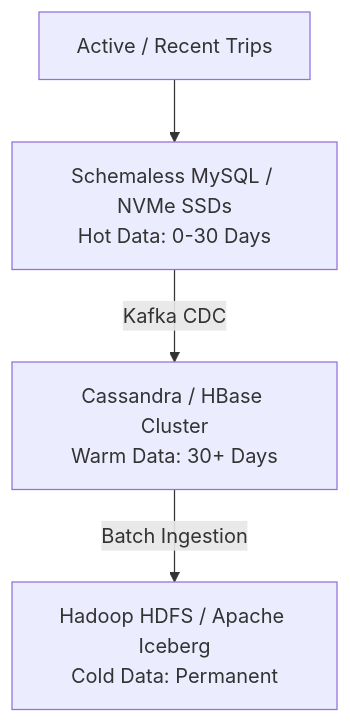
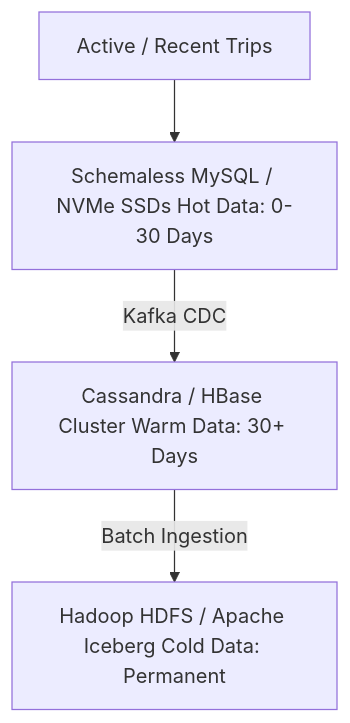
One commit to Chandra179/atlas changed the eighth of 16 diagrams in blog/astro/src/content/docs/uber-architecture.md. Above: the diagram before and after it, drawn with Mermaid. The commit also changed other lines of this file and 1 other file, not shown here.

````diff
--- a/blog/astro/src/content/docs/uber-architecture.md
+++ b/blog/astro/src/content/docs/uber-architecture.md
@@ -461,6 +461,6 @@
 ```mermaid
 graph TB
-    ACTIVE["Active / Recent Trips"] --> HOT["Schemaless MySQL / NVMe SSDs<br/>Hot Data: 0-30 Days"]
-    HOT -->|Kafka CDC| WARM["Cassandra / HBase Cluster<br/>Warm Data: 30+ Days"]
-    WARM -->|Batch Ingestion| COLD["Hadoop HDFS / Apache Iceberg<br/>Cold Data: Permanent"]
+    ACTIVE["Active / Recent Trips"] --> HOT["Schemaless MySQL / NVMe SSDs Hot Data: 0-30 Days"]
+    HOT -->|Kafka CDC| WARM["Cassandra / HBase Cluster Warm Data: 30+ Days"]
+    WARM -->|Batch Ingestion| COLD["Hadoop HDFS / Apache Iceberg Cold Data: Permanent"]
 ```
````
